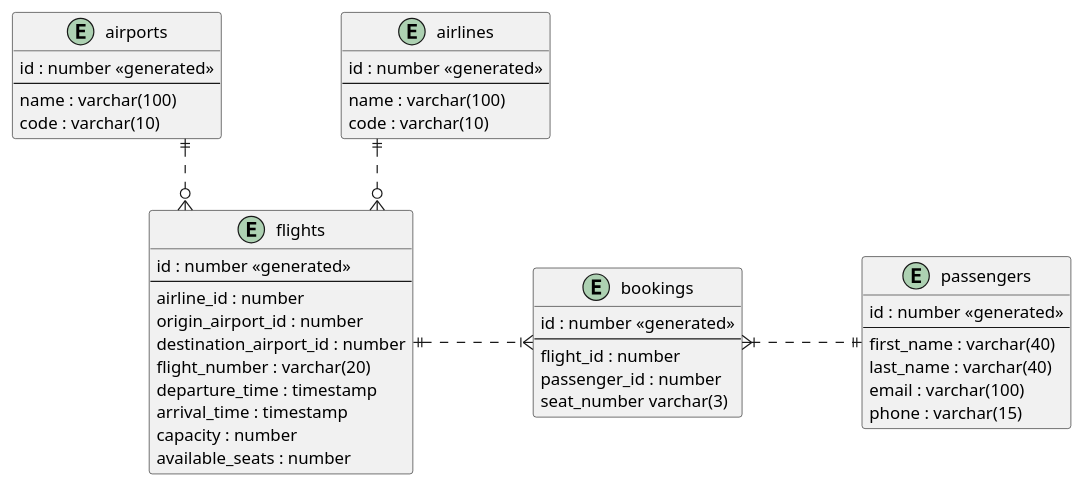
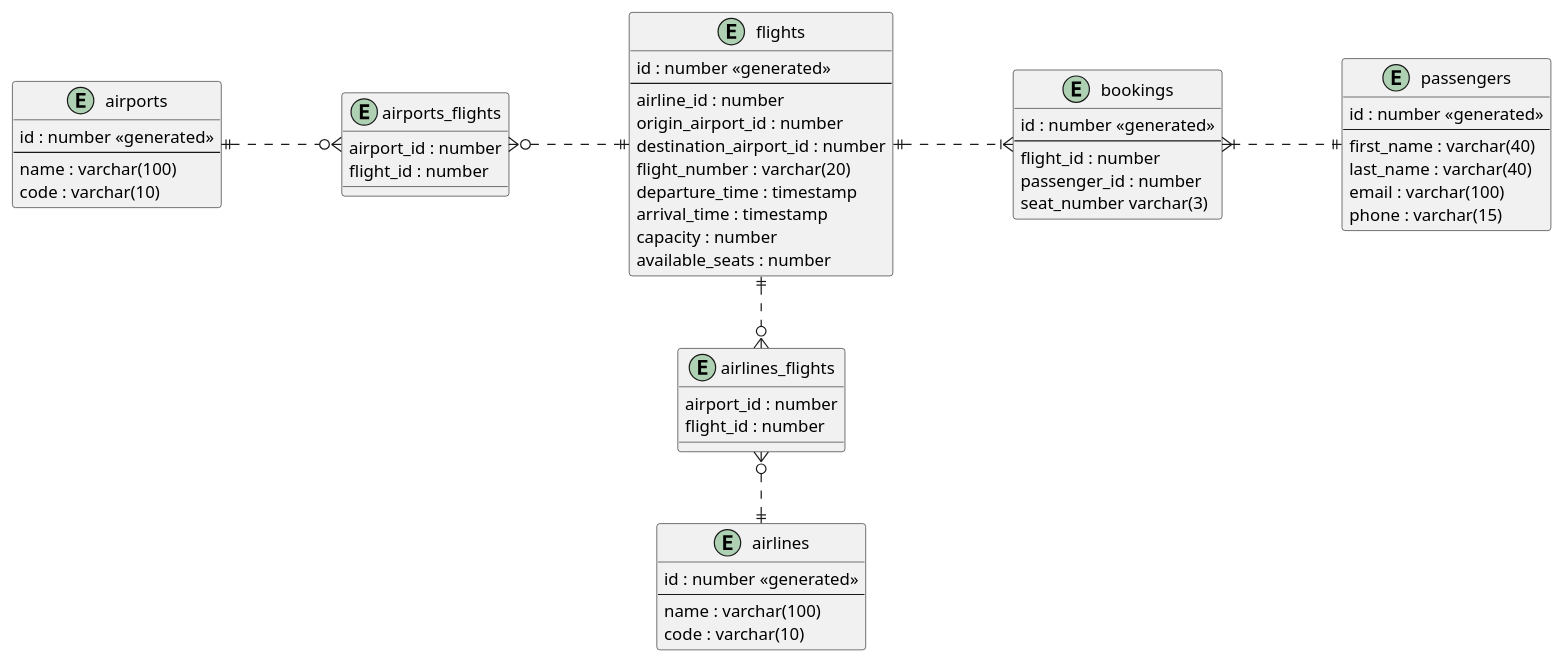
One commit to ch88251/airport-management-system changed the diagram in docs/er-diagram.puml. Above: the diagram before and after it, drawn with PlantUML. The commit also changed 19 other files, not shown here.

```diff
--- a/docs/er-diagram.puml
+++ b/docs/er-diagram.puml
@@ -1,55 +1,68 @@
 @startuml
 
 skinparam linetype ortho
 skinparam nodesep 100
 
 entity "flights" as e01 {
   id : number <<generated>>
   --
   airline_id : number
   origin_airport_id : number
   destination_airport_id : number
   flight_number : varchar(20)
   departure_time : timestamp
   arrival_time : timestamp
   capacity : number
   available_seats : number
 }
 
 entity "airlines" as e02 {
   id : number <<generated>>
   --
   name : varchar(100)
   code : varchar(10)
 }
 
 entity "airports" as e03 {
   id : number <<generated>>
   --
   name : varchar(100)
   code : varchar(10)
 }
 
 entity "passengers" as e04 {
   id : number <<generated>>
   --
   first_name : varchar(40)
   last_name : varchar(40)
   email : varchar(100)
   phone : varchar(15)
 }
 
 entity "bookings" as e05 {
   id : number <<generated>>
   --
   flight_id : number
   passenger_id : number
   seat_number varchar(3)
 }
 
-e01 }o.up.|| e02
-e01 }o.up.|| e03
+entity "airports_flights" as e06 {
+  airport_id : number
+  flight_id : number
+}
+
+entity "airlines_flights" as e07 {
+  airport_id : number
+  flight_id : number
+}
+
+e03 ||.right.o{ e06
+e06 }o.right.|| e01
+e02 ||.up.o{ e07
+e07 }o.up.|| e01
 e01 ||.right.|{ e05
 e05 }|.right.|| e04
 
+
 @enduml
```
